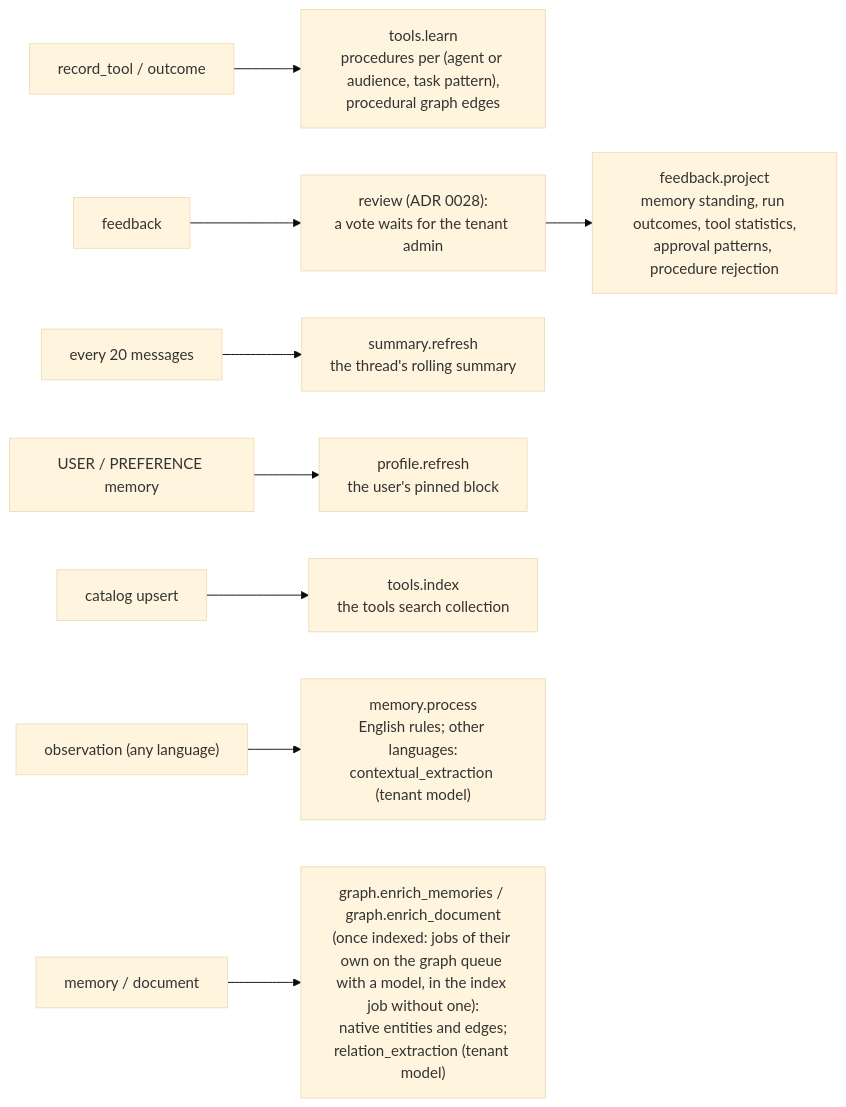
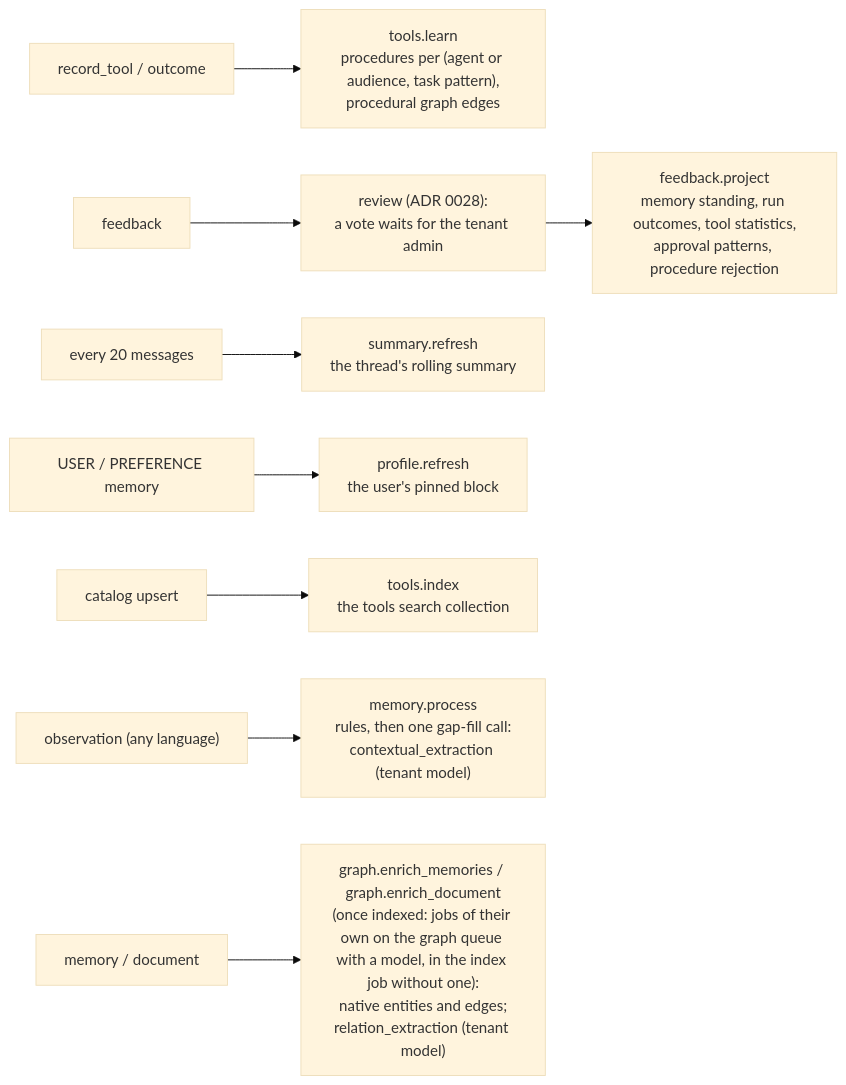
One commit to amitmohapatra/agent-memory-service changed the eighth of 10 diagrams in docs/ARCHITECTURE.md. Above: the diagram before and after it, drawn with Mermaid (base theme). The commit also changed 31 other files, not shown here.

````diff
--- a/docs/ARCHITECTURE.md
+++ b/docs/ARCHITECTURE.md
@@ -213,10 +213,10 @@
 ```mermaid
 flowchart LR
   rt["record_tool / outcome"] --> tl["tools.learn<br/>procedures per (agent or audience, task pattern),<br/>procedural graph edges"]
   fb[feedback] --> rv["review (ADR 0028):<br/>a vote waits for the tenant admin"] --> fp["feedback.project<br/>memory standing, run outcomes, tool statistics,<br/>approval patterns, procedure rejection"]
   msg["every 20 messages"] --> sr["summary.refresh<br/>the thread's rolling summary"]
   up["USER / PREFERENCE memory"] --> pr["profile.refresh<br/>the user's pinned block"]
   cat["catalog upsert"] --> ti["tools.index<br/>the tools search collection"]
-  obs["observation (any language)"] --> mp["memory.process<br/>English rules; other languages:<br/>contextual_extraction (tenant model)"]
+  obs["observation (any language)"] --> mp["memory.process<br/>rules, then one gap-fill call:<br/>contextual_extraction (tenant model)"]
   md["memory / document"] --> ge["graph.enrich_memories / graph.enrich_document<br/>(once indexed: jobs of their own on the graph queue with a model, in the index job without one):<br/>native entities and edges;<br/>relation_extraction (tenant model)"]
 ```
````
